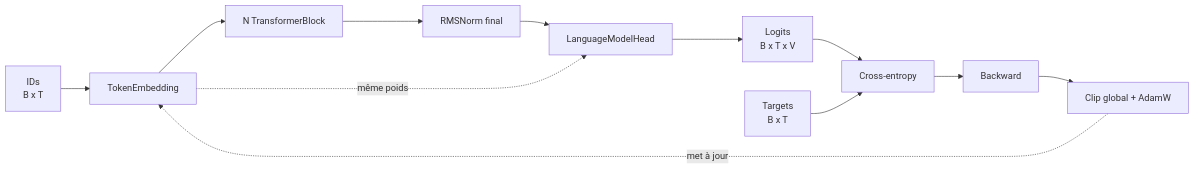
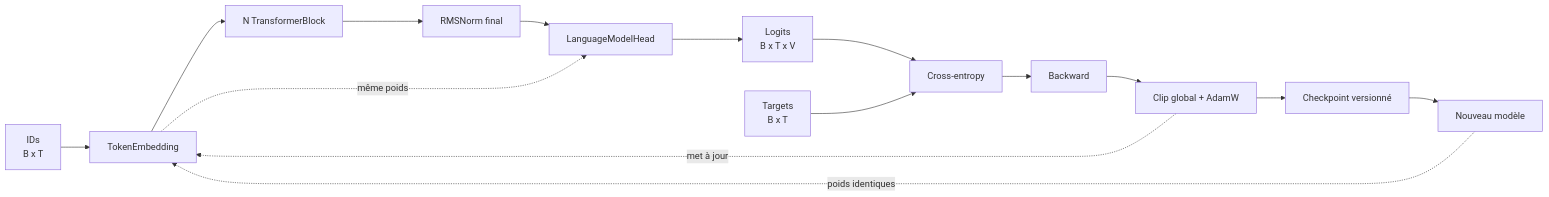
The second of 2 diagrams in docs/architecture/overview.md (lxp-technologies/lxp-mini-1xm), drawn with Mermaid before and after one commit. The commit also changed other lines of this file and 24 other files, not shown here.

````diff
--- a/docs/architecture/overview.md
+++ b/docs/architecture/overview.md
@@ -33,14 +34,17 @@
 ```mermaid
 flowchart LR
     IDS[IDs<br/>B x T] --> EMB[TokenEmbedding]
     EMB --> BLOCKS[N TransformerBlock]
     BLOCKS --> NORM[RMSNorm final]
     NORM --> HEAD[LanguageModelHead]
     HEAD --> LOGITS[Logits<br/>B x T x V]
     LOGITS --> LOSS[Cross-entropy]
     TARGETS[Targets<br/>B x T] --> LOSS
     LOSS --> BACK[Backward]
     BACK --> OPT[Clip global + AdamW]
     OPT -. met à jour .-> EMB
     EMB -. même poids .-> HEAD
+    OPT --> CKPT[Checkpoint versionné]
+    CKPT --> LOAD[Nouveau modèle]
+    LOAD -. poids identiques .-> EMB
 ```
````
